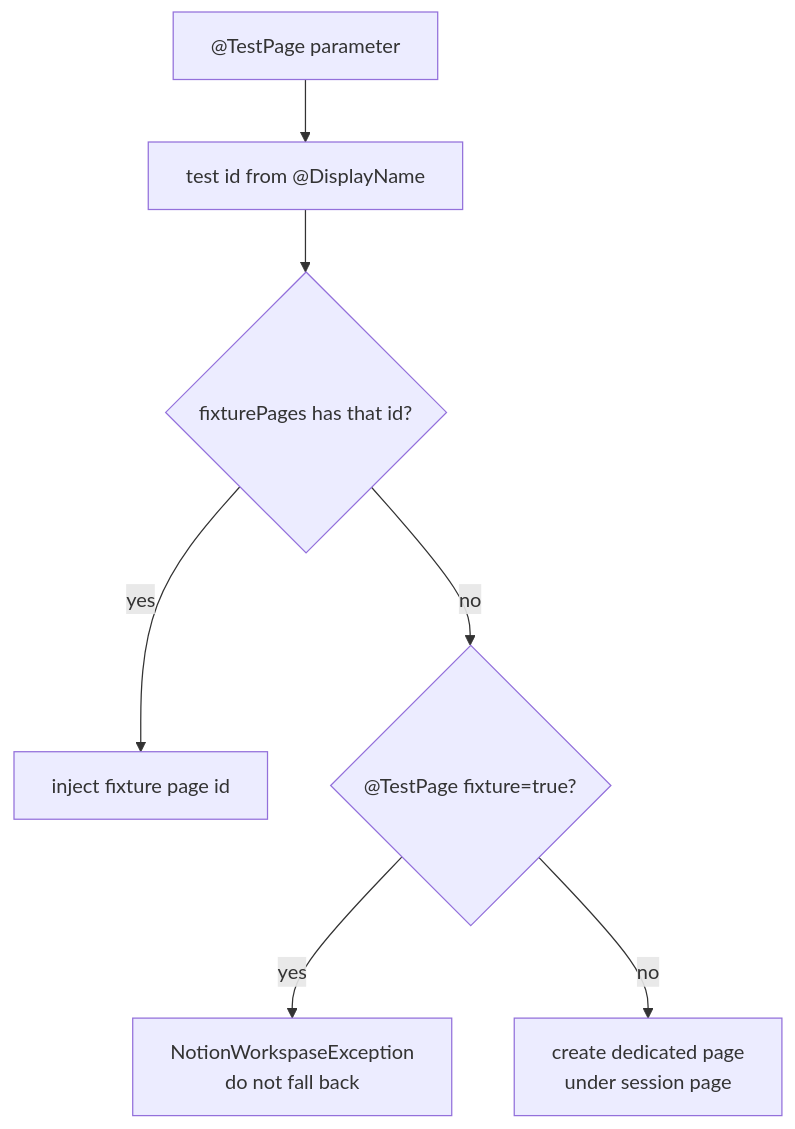
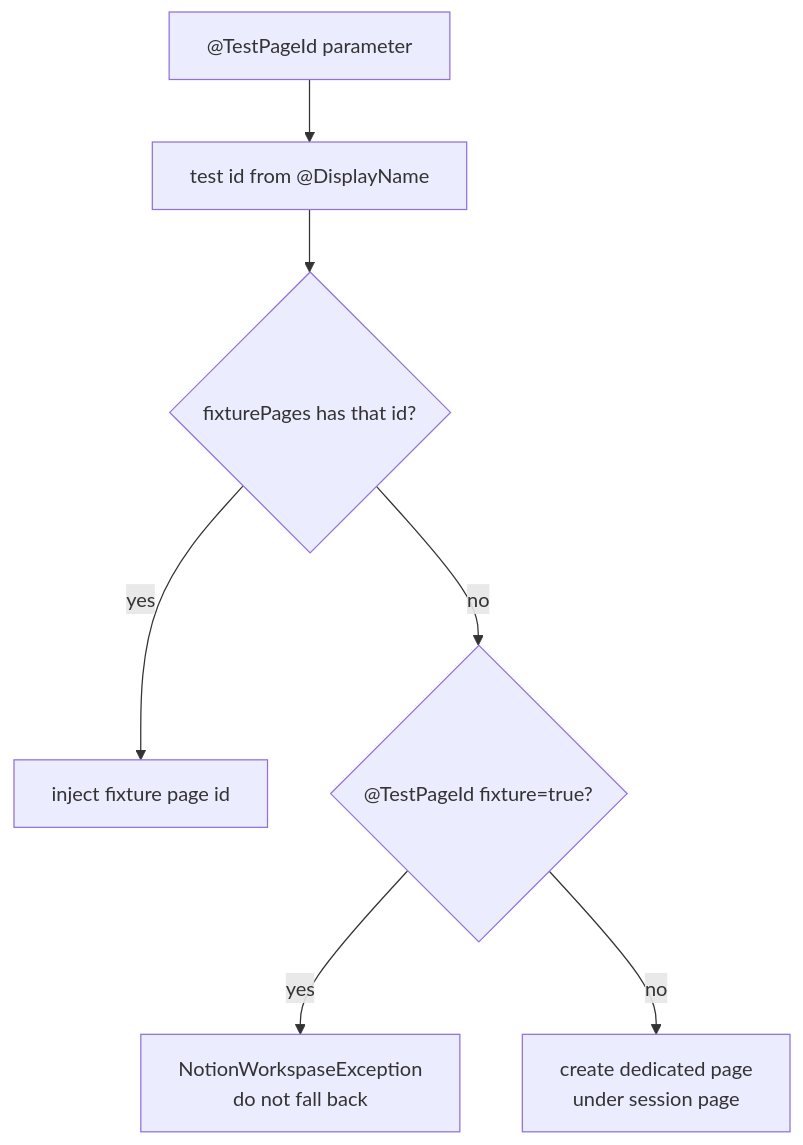
Before and after one commit to kristaxlab/notion-sdk: the fourth of 4 diagrams in docs/internals/testkit.md, drawn with Mermaid. The commit also changed other lines of this file and 7 other files, not shown here.

````diff
--- a/docs/internals/testkit.md
+++ b/docs/internals/testkit.md
@@ -216,9 +212,9 @@
 ```mermaid
 flowchart TD
-  A["@TestPage parameter"] --> B["test id from @DisplayName"]
+  A["@TestPageId parameter"] --> B["test id from @DisplayName"]
   B --> C{"fixturePages has that id?"}
   C -->|yes| D["inject fixture page id"]
-  C -->|no| E{"@TestPage fixture=true?"}
+  C -->|no| E{"@TestPageId fixture=true?"}
   E -->|yes| F["NotionWorkspaseException<br/>do not fall back"]
   E -->|no| G["create dedicated page<br/>under session page"]
 ```
````
